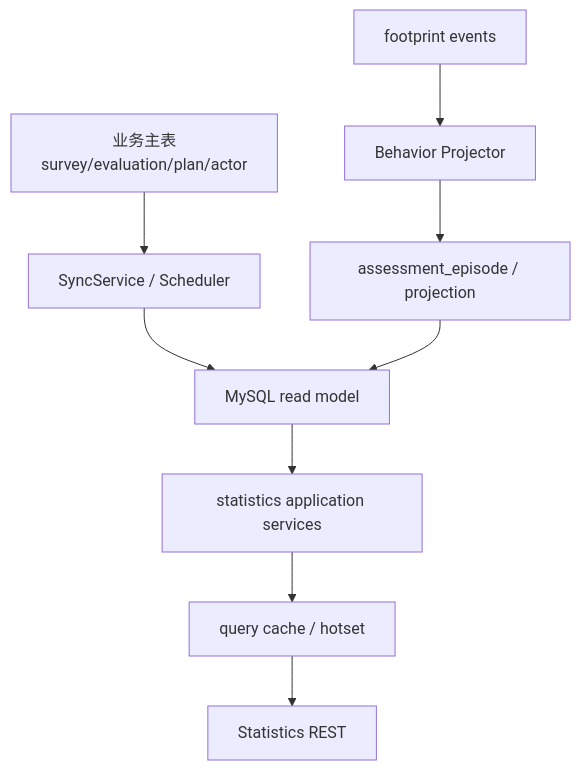
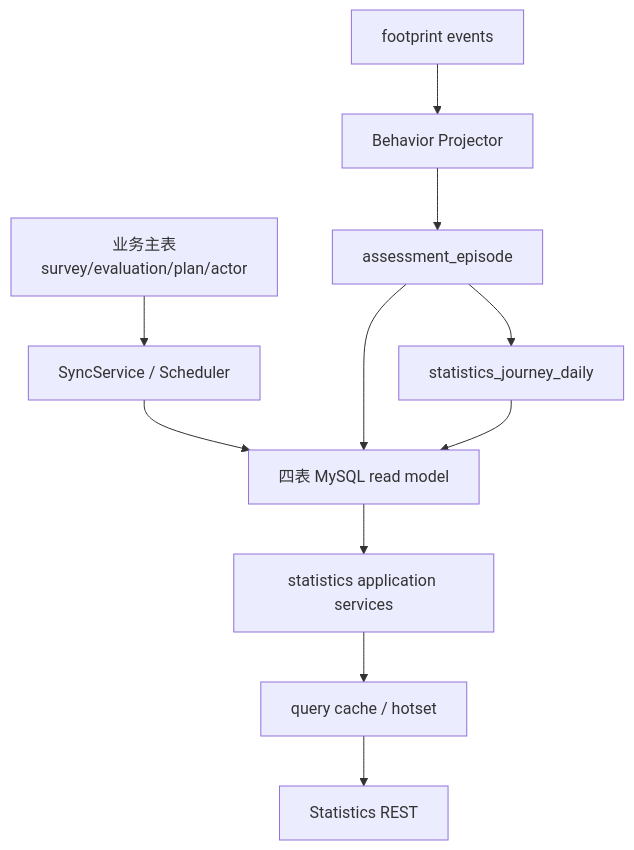
Before and after one commit to FangcunMount/qs-server: the second of 2 diagrams in docs/02-业务模块/statistics/00-整体模型.md, drawn with Mermaid. The commit also changed other lines of this file and 28 other files, not shown here.

````diff
--- a/docs/02-业务模块/statistics/00-整体模型.md
+++ b/docs/02-业务模块/statistics/00-整体模型.md
@@ -50,11 +54,13 @@
 ```mermaid
 flowchart TB
     sources["业务主表<br/>survey/evaluation/plan/actor"] --> sync["SyncService / Scheduler"]
     events["footprint events"] --> projector["Behavior Projector"]
-    projector --> journey["assessment_episode / projection"]
-    sync --> read["MySQL read model"]
+    projector --> journey["assessment_episode"]
+    journey --> aggregate["statistics_journey_daily"]
+    sync --> read["四表 MySQL read model"]
     journey --> read
+    aggregate --> read
     read --> services["statistics application services"]
     services --> cache["query cache / hotset"]
     cache --> rest["Statistics REST"]
 ```
````
